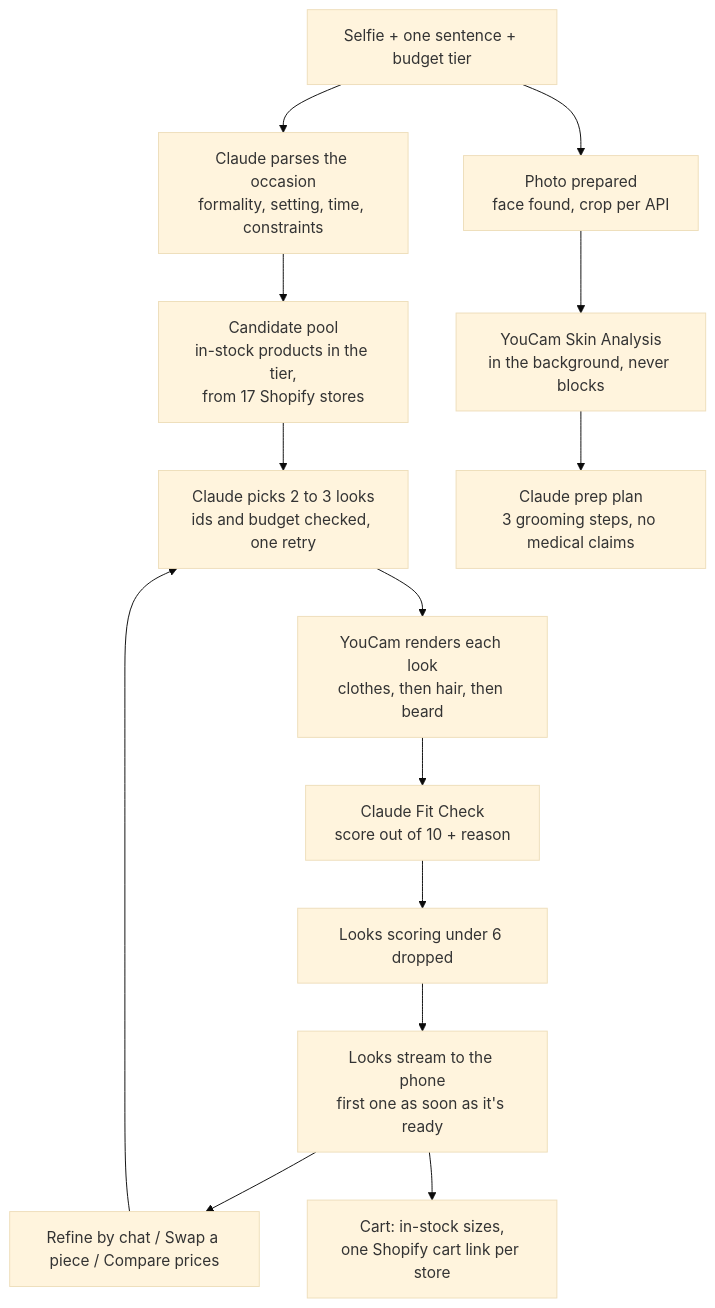
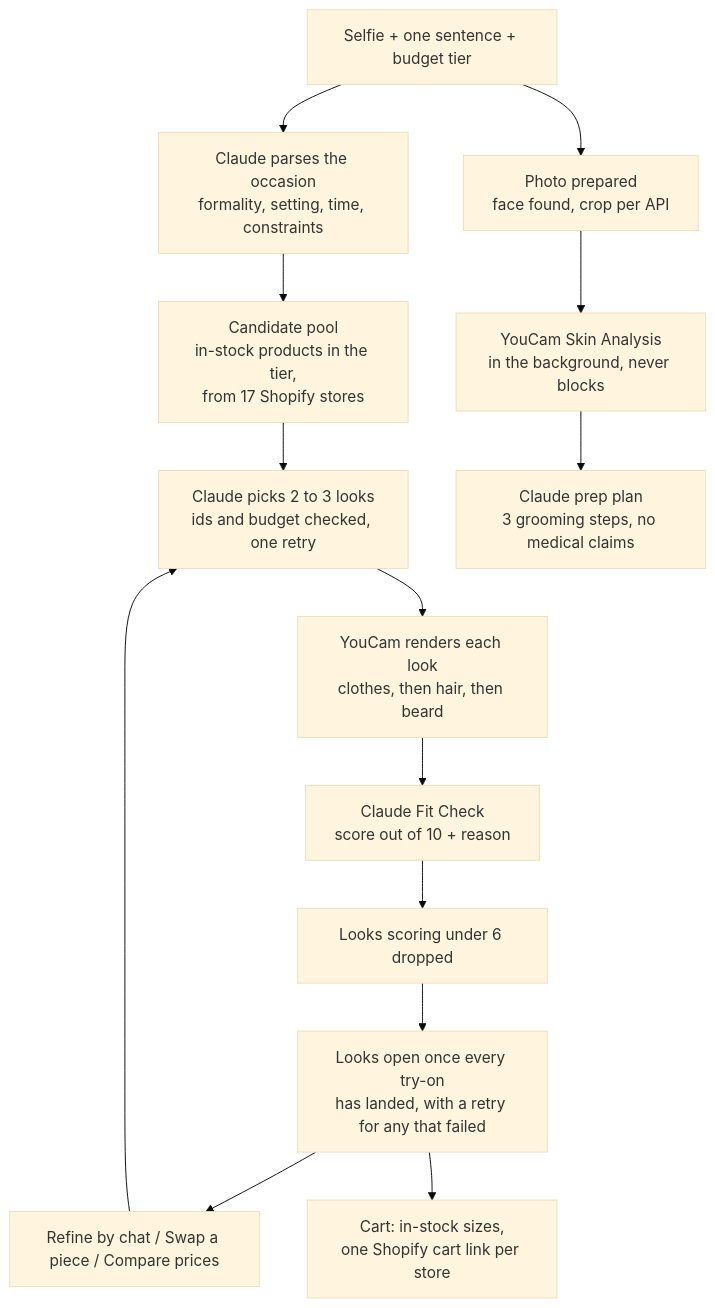
Before and after one commit to love98ed/wingman: the diagram in README.md, drawn with Mermaid (base theme). The commit also changed other lines of this file, not shown here.

Commit message:
docs: README covers the wait-for-every-try-on flow, photo check, Additional tab and cheaper picks

````diff
--- a/README.md
+++ b/README.md
@@ -53,16 +53,16 @@
 ```mermaid
 flowchart TD
     A[Selfie + one sentence + budget tier] --> B[Claude parses the occasion<br/>formality, setting, time, constraints]
     A --> C[Photo prepared<br/>face found, crop per API]
     C --> D[YouCam Skin Analysis<br/>in the background, never blocks]
     B --> E[Candidate pool<br/>in-stock products in the tier,<br/>from 17 Shopify stores]
     E --> F[Claude picks 2 to 3 looks<br/>ids and budget checked, one retry]
     F --> G[YouCam renders each look<br/>clothes, then hair, then beard]
     G --> H[Claude Fit Check<br/>score out of 10 + reason]
     D --> I[Claude prep plan<br/>3 grooming steps, no medical claims]
     H --> P[Looks scoring under 6 dropped]
-    P --> J[Looks stream to the phone<br/>first one as soon as it's ready]
+    P --> J[Looks open once every try-on<br/>has landed, with a retry for any that failed]
     J --> K[Refine by chat / Swap a piece / Compare prices]
     K --> F
     J --> L[Cart: in-stock sizes,<br/>one Shopify cart link per store]
 ```
````
